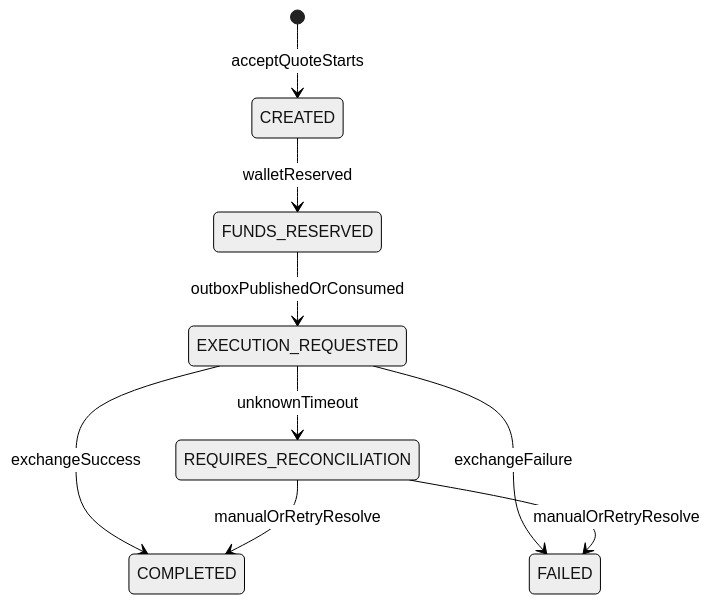
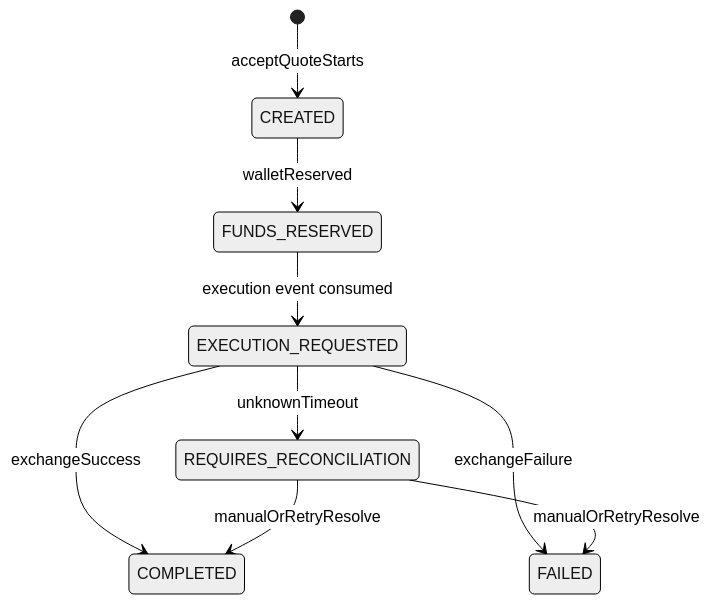
The third of 3 diagrams in docs/ARCHITECTURE.md (saeed-alimardani/wallet-conversion-engine), drawn with Mermaid (neutral theme) before and after one commit. The commit also changed other lines of this file and 12 other files, not shown here.

````diff
--- a/docs/ARCHITECTURE.md
+++ b/docs/ARCHITECTURE.md
@@ -107,11 +107,11 @@
 ```mermaid
 stateDiagram-v2
   [*] --> CREATED: acceptQuoteStarts
   CREATED --> FUNDS_RESERVED: walletReserved
-  FUNDS_RESERVED --> EXECUTION_REQUESTED: outboxPublishedOrConsumed
+  FUNDS_RESERVED --> EXECUTION_REQUESTED: execution event consumed
   EXECUTION_REQUESTED --> COMPLETED: exchangeSuccess
   EXECUTION_REQUESTED --> FAILED: exchangeFailure
   EXECUTION_REQUESTED --> REQUIRES_RECONCILIATION: unknownTimeout
   REQUIRES_RECONCILIATION --> COMPLETED: manualOrRetryResolve
   REQUIRES_RECONCILIATION --> FAILED: manualOrRetryResolve
 ```
````
